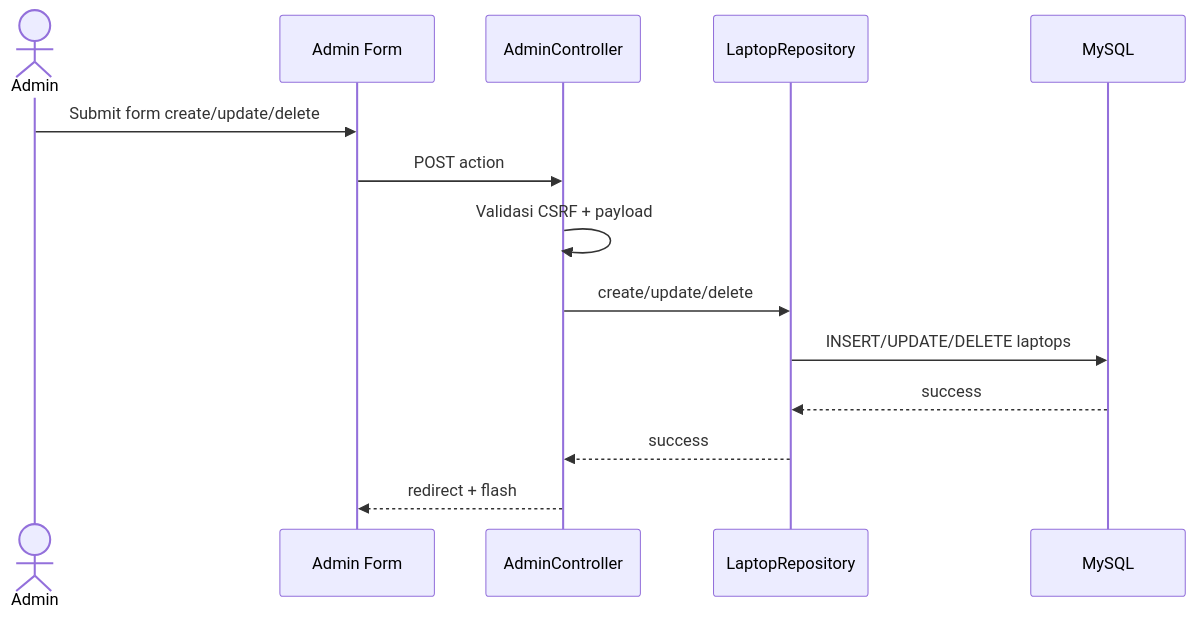
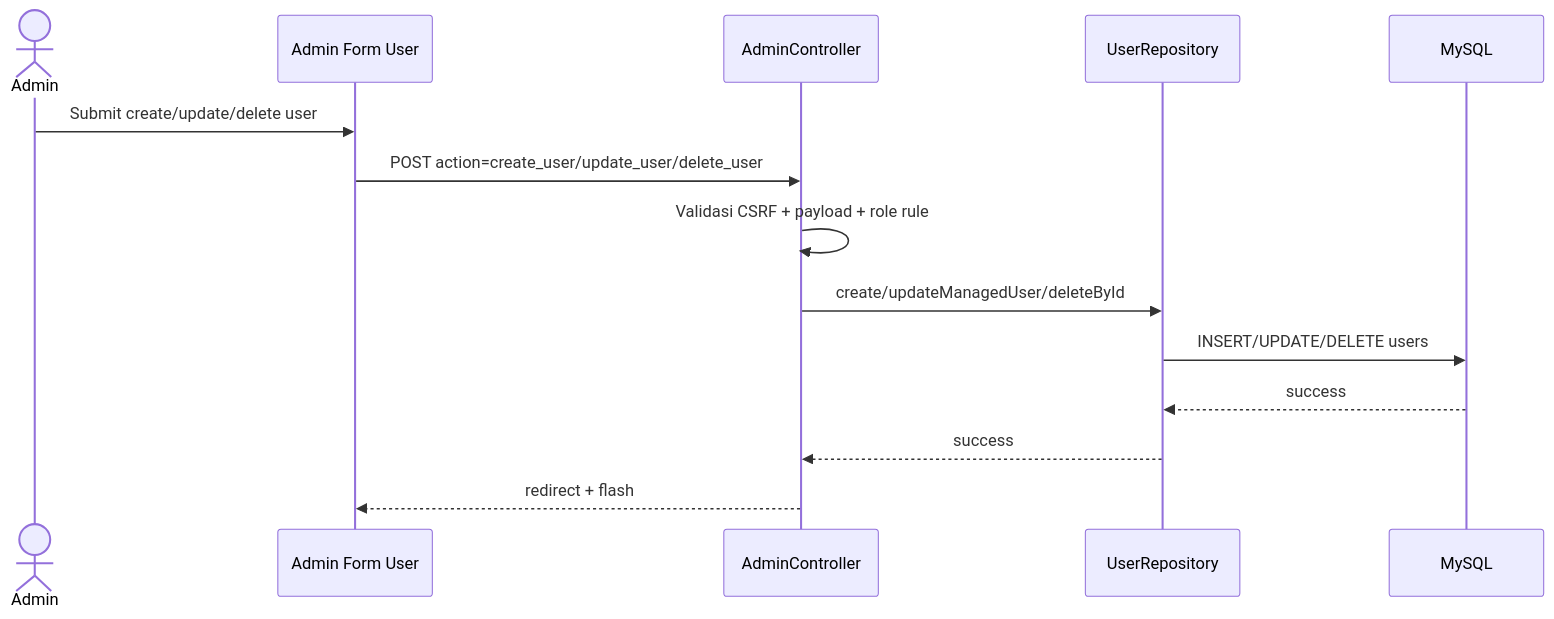
The third of 7 diagrams in README.md (yeniseptianiputri/ta-pemilihan-laptop), drawn with Mermaid before and after one commit. The commit also changed other lines of this file and 15 other files, not shown here.

````diff
--- a/README.md
+++ b/README.md
@@ -193,17 +223,17 @@
 ```mermaid
 sequenceDiagram
     actor Admin
-    participant View as Admin Form
+    participant View as Admin Form User
     participant C as AdminController
-    participant R as LaptopRepository
+    participant R as UserRepository
     participant DB as MySQL
 
-    Admin->>View: Submit form create/update/delete
-    View->>C: POST action
-    C->>C: Validasi CSRF + payload
-    C->>R: create/update/delete
-    R->>DB: INSERT/UPDATE/DELETE laptops
+    Admin->>View: Submit create/update/delete user
+    View->>C: POST action=create_user/update_user/delete_user
+    C->>C: Validasi CSRF + payload + role rule
+    C->>R: create/updateManagedUser/deleteById
+    R->>DB: INSERT/UPDATE/DELETE users
     DB-->>R: success
     R-->>C: success
     C-->>View: redirect + flash
 ```
````
